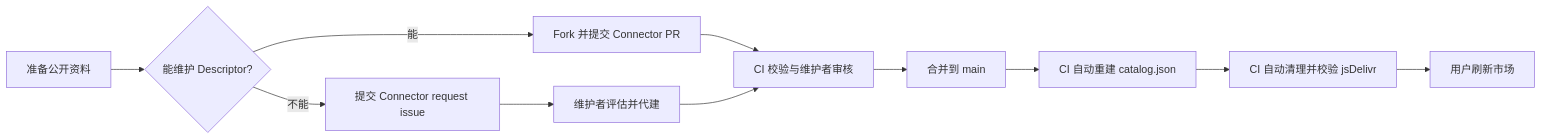
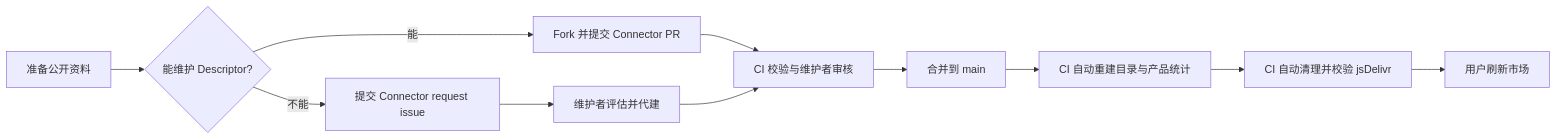
Before and after one commit to duhu2000/dsh-mcp-connector-registry: the diagram in README.md, drawn with Mermaid. The commit also changed other lines of this file and 9 other files, not shown here.

````diff
--- a/README.md
+++ b/README.md
@@ -29,13 +33,13 @@
 ```mermaid
 flowchart LR
   A[准备公开资料] --> B{能维护 Descriptor?}
   B -->|能| C[Fork 并提交 Connector PR]
   B -->|不能| D[提交 Connector request issue]
   D --> E[维护者评估并代建]
   C --> F[CI 校验与维护者审核]
   E --> F
   F --> G[合并到 main]
-  G --> H[CI 自动重建 catalog.json]
+  G --> H[CI 自动重建目录与产品统计]
   H --> J[CI 自动清理并校验 jsDelivr]
   J --> I[用户刷新市场]
 ```
````
